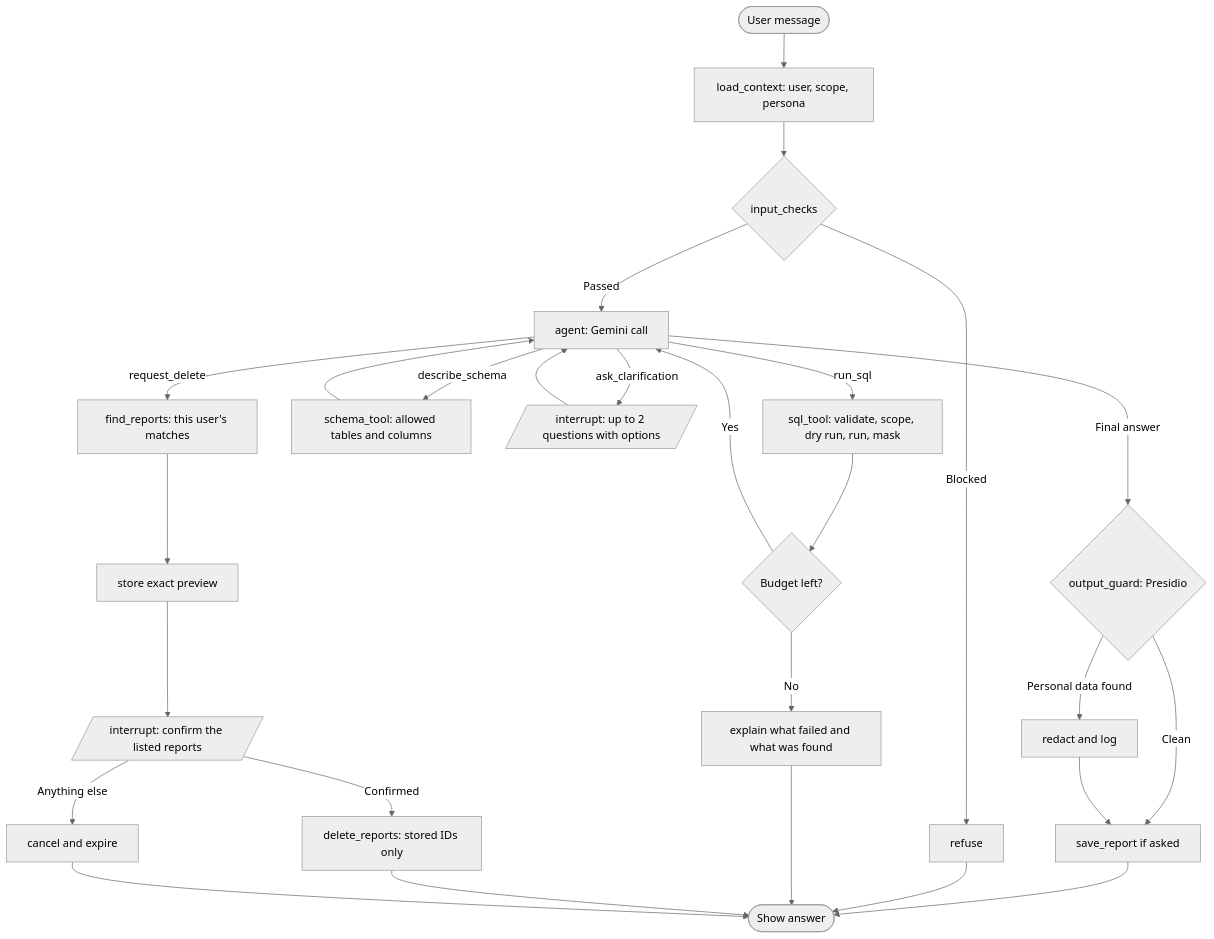
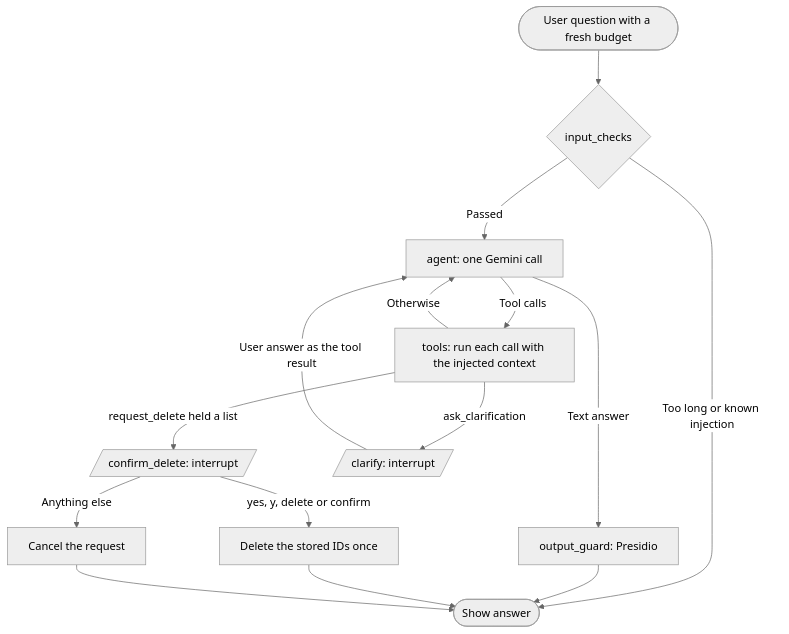
Before and after one commit to xdrBogdan22/opsfleet-assignment-retail-analyst: the third of 5 diagrams in docs/02-architecture.md, drawn with Mermaid (neutral theme). The commit also changed other lines of this file and 9 other files, not shown here.

First line of the commit message:
Read the persona every turn and align the architecture doc

````diff
--- a/docs/02-architecture.md
+++ b/docs/02-architecture.md
@@ -152,35 +155,20 @@
 ```mermaid
 flowchart TD
-    start(["User message"]) --> load["load_context: user, scope, persona"]
-    load --> precheck{"input_checks"}
-    precheck -- "Blocked" --> refuse["refuse"]
-    precheck -- "Passed" --> agent["agent: Gemini call"]
+    start(["User question with a fresh budget"]) --> checks{"input_checks"}
+    checks -- "Too long or known injection" --> done(["Show answer"])
+    checks -- "Passed" --> agent["agent: one Gemini call"]
 
-    agent -- "run_sql" --> sql["sql_tool: validate, scope, dry run, run, mask"]
-    sql --> budget{"Budget left?"}
-    budget -- "Yes" --> agent
-    budget -- "No" --> partial["explain what failed and what was found"]
+    agent -- "Tool calls" --> tools["tools: run each call with the injected context"]
+    agent -- "Text answer" --> guard["output_guard: Presidio"]
+    guard --> done
 
-    agent -- "describe_schema" --> schema["schema_tool: allowed tables and columns"]
-    schema --> agent
+    tools -- "request_delete held a list" --> confirm[/"confirm_delete: interrupt"/]
+    tools -- "ask_clarification" --> clarify[/"clarify: interrupt"/]
+    tools -- "Otherwise" --> agent
+    clarify -- "User answer as the tool result" --> agent
 
-    agent -- "ask_clarification" --> clarify[/"interrupt: up to 2 questions with options"/]
-    clarify --> agent
-
-    agent -- "request_delete" --> find["find_reports: this user's matches"]
-    find --> preview["store exact preview"]
-    preview --> confirm[/"interrupt: confirm the listed reports"/]
-    confirm -- "Confirmed" --> remove["delete_reports: stored IDs only"]
-    confirm -- "Anything else" --> cancel["cancel and expire"]
-
-    agent -- "Final answer" --> guard{"output_guard: Presidio"}
-    guard -- "Clean" --> save["save_report if asked"]
-    guard -- "Personal data found" --> redact["redact and log"]
-    redact --> save
-    save --> finish(["Show answer"])
-
-    refuse --> finish
-    partial --> finish
-    remove --> finish
-    cancel --> finish
+    confirm -- "yes, y, delete or confirm" --> remove["Delete the stored IDs once"]
+    confirm -- "Anything else" --> cancel["Cancel the request"]
+    remove --> done
+    cancel --> done
 ```
````
